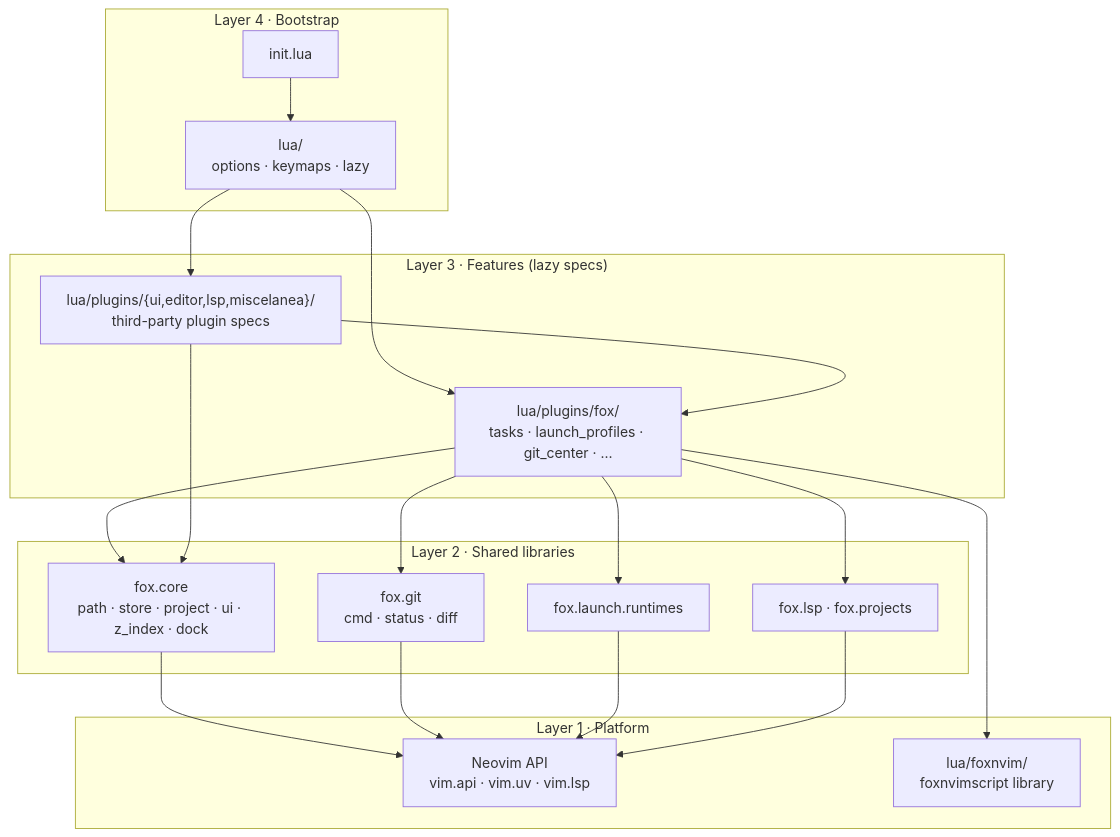
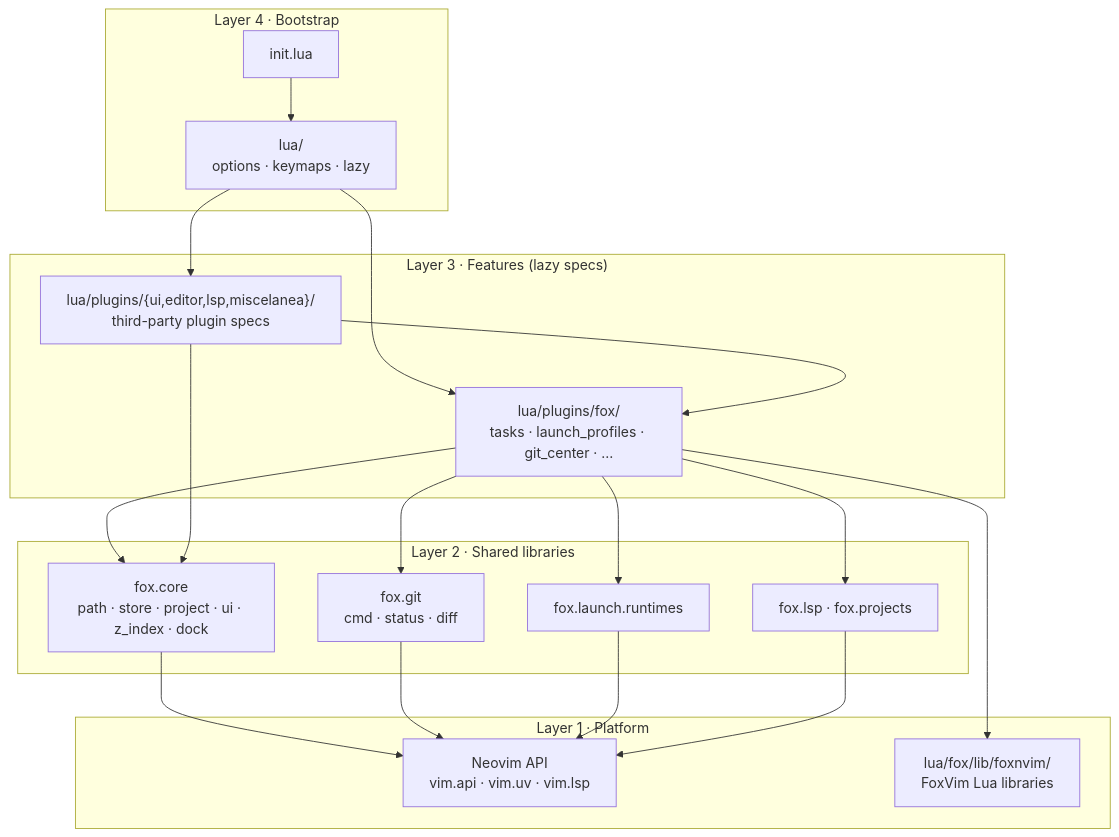
One commit to KristanLaimon/nvim changed the first of 5 diagrams in docs/architecture.md. Above: the diagram before and after it, drawn with Mermaid. The commit also changed other lines of this file and 78 other files, not shown here.

````diff
--- a/docs/architecture.md
+++ b/docs/architecture.md
@@ -67,39 +67,39 @@
 ```mermaid
 graph TD
     subgraph L4["Layer 4 · Bootstrap"]
         INIT["init.lua"]
         CONFIG["lua/<br/>options · keymaps · lazy"]
     end
 
     subgraph L3["Layer 3 · Features (lazy specs)"]
         FOXPLUG["lua/plugins/fox/<br/>tasks · launch_profiles · git_center · …"]
         THIRD["lua/plugins/{ui,editor,lsp,miscelanea}/<br/>third-party plugin specs"]
     end
 
     subgraph L2["Layer 2 · Shared libraries"]
         CORE["fox.core<br/>path · store · project · ui · z_index · dock"]
         GIT["fox.git<br/>cmd · status · diff"]
         LAUNCH["fox.launch.runtimes"]
         FOXLSP["fox.lsp · fox.projects"]
     end
 
     subgraph L1["Layer 1 · Platform"]
         NVIM["Neovim API<br/>vim.api · vim.uv · vim.lsp"]
-        FOXNVIM["lua/foxnvim/<br/>foxnvimscript library"]
+        FOXNVIM["lua/fox/lib/foxnvim/<br/>FoxVim Lua libraries"]
     end
 
     INIT --> CONFIG
     CONFIG --> FOXPLUG
     CONFIG --> THIRD
     FOXPLUG --> CORE
     FOXPLUG --> GIT
     FOXPLUG --> LAUNCH
     FOXPLUG --> FOXLSP
     THIRD --> CORE
     THIRD --> FOXPLUG
     CORE --> NVIM
     GIT --> NVIM
     LAUNCH --> NVIM
     FOXLSP --> NVIM
     FOXPLUG --> FOXNVIM
 ```
````
